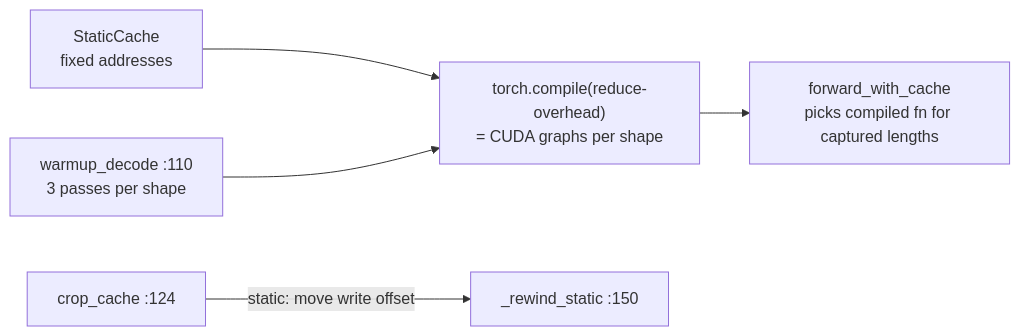
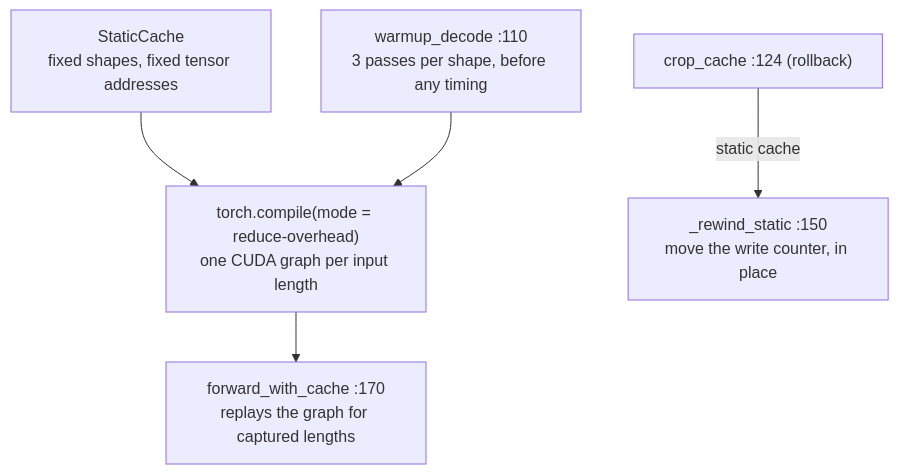
One commit to jayavardhan-g/projects-vault changed the fifth of 5 diagrams in Interview prep/Days/Day 04 - Speculative decoding.md. Above: the diagram before and after it, drawn with Mermaid. The commit also changed other lines of this file and 12 other files, not shown here.

First line of the commit message:
projects: Days 2-14 "Code, explained": full-width top-to-bottom diagrams, a figure per section, and a step-by-step flow per day

````diff
--- a/Interview prep/Days/Day 04 - Speculative decoding.md
+++ b/Interview prep/Days/Day 04 - Speculative decoding.md
@@ -360,7 +382,7 @@
 ```mermaid
-flowchart LR
-  SC["StaticCache<br/>fixed addresses"] --> CG["torch.compile(reduce-overhead)<br/>= CUDA graphs per shape"]
-  CG --> FW["forward_with_cache<br/>picks compiled fn for captured lengths"]
-  CR["crop_cache :124"] -->|"static: move write offset"| RW["_rewind_static :150"]
-  WU["warmup_decode :110<br/>3 passes per shape"] --> CG
+flowchart TB
+  SC["StaticCache<br/>fixed shapes, fixed tensor addresses"] --> CG["torch.compile(mode = reduce-overhead)<br/>one CUDA graph per input length"]
+  WU["warmup_decode :110<br/>3 passes per shape, before any timing"] --> CG
+  CG --> FW["forward_with_cache :170<br/>replays the graph for captured lengths"]
+  CR["crop_cache :124  (rollback)"] -->|"static cache"| RW["_rewind_static :150<br/>move the write counter, in place"]
 ```
````
